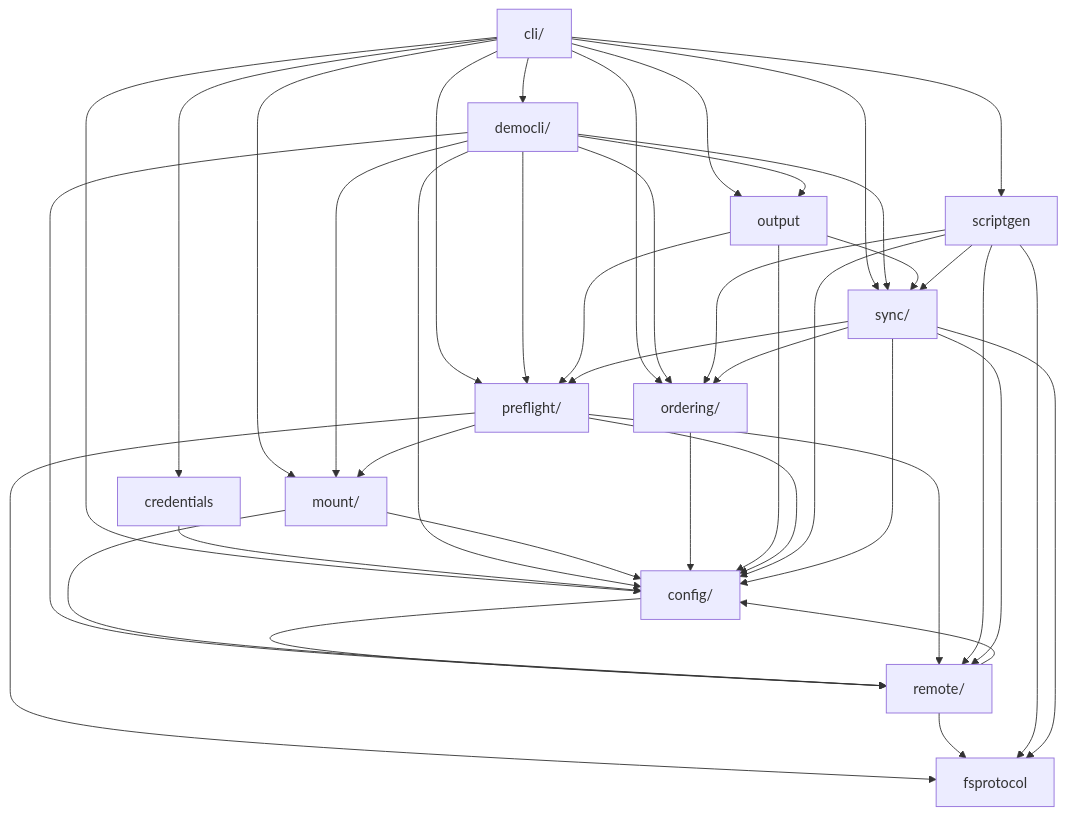
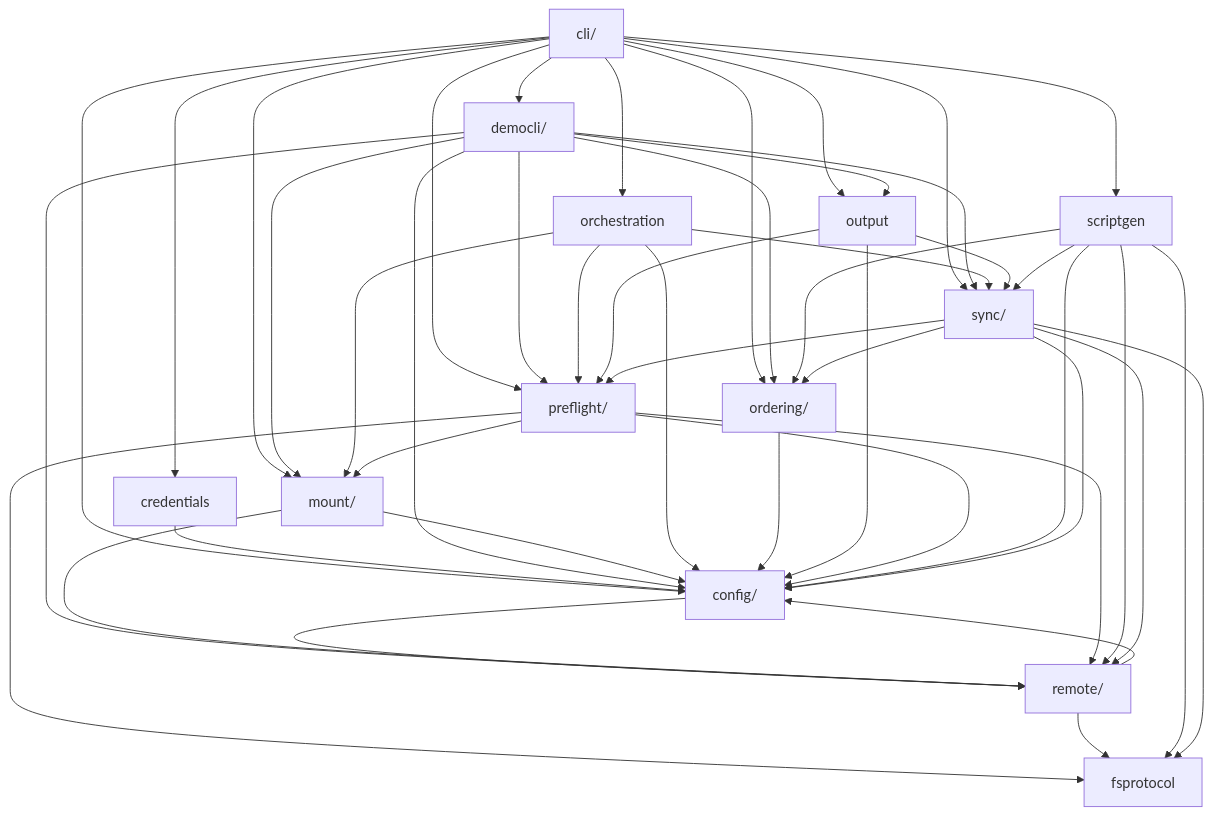
The first of 2 diagrams in docs/architecture.md (iglootools/nbkp), drawn with Mermaid before and after one commit. The commit also changed 4 other files, not shown here.

Commit message:
refactor: extract orchestration module that abstracts over the mount/umount logic

````diff
--- a/docs/architecture.md
+++ b/docs/architecture.md
@@ -9,56 +9,62 @@
 ```mermaid
 graph TD
     cli["cli/"]
     config["config/"]
     credentials["credentials"]
     democli["democli/"]
     fsprotocol["fsprotocol"]
     mount["mount/"]
+    orchestration["orchestration"]
     ordering["ordering/"]
     output["output"]
     preflight["preflight/"]
     remote["remote/"]
     scriptgen["scriptgen"]
     sync["sync/"]
 
     cli --> config
     cli --> credentials
     cli --> democli
     cli --> mount
+    cli --> orchestration
     cli --> ordering
     cli --> output
     cli --> preflight
     cli --> scriptgen
     cli --> sync
     config --> remote
     credentials --> config
     democli --> config
     democli --> mount
     democli --> ordering
     democli --> output
     democli --> preflight
     democli --> remote
     democli --> sync
     mount --> config
     mount --> remote
+    orchestration --> config
+    orchestration --> mount
+    orchestration --> preflight
+    orchestration --> sync
     ordering --> config
     output --> config
     output --> preflight
     output --> sync
     preflight --> config
     preflight --> fsprotocol
     preflight --> mount
     preflight --> remote
     remote --> config
     remote --> fsprotocol
     scriptgen --> config
     scriptgen --> fsprotocol
     scriptgen --> ordering
     scriptgen --> remote
     scriptgen --> sync
     sync --> config
     sync --> fsprotocol
     sync --> ordering
     sync --> preflight
     sync --> remote
 ```
````
